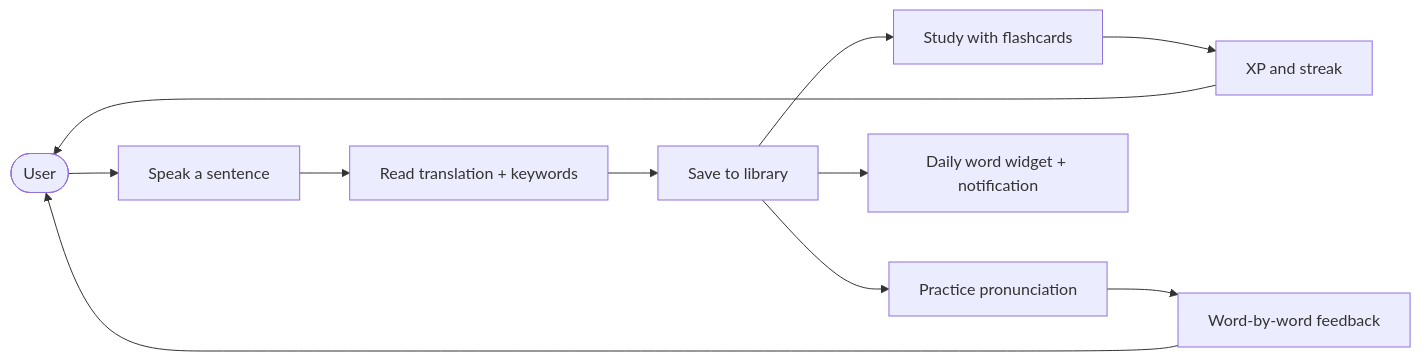
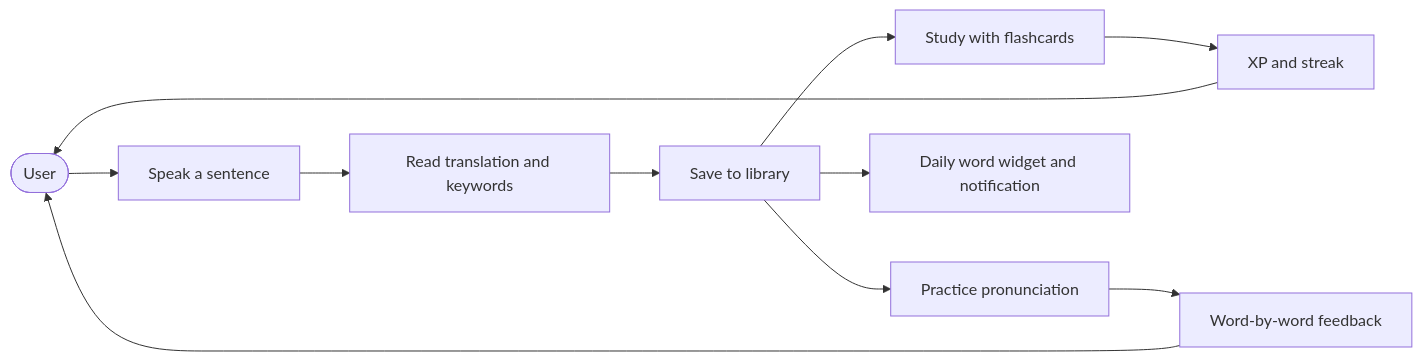
Before and after one commit to shareef01/deutschflow: the first of 4 diagrams in README.md, drawn with Mermaid. The commit also changed other lines of this file and 2 other files, not shown here.

````diff
--- a/README.md
+++ b/README.md
@@ -51,13 +82,13 @@
 ```mermaid
 flowchart LR
     User([User]) --> A[Speak a sentence]
-    A --> B[Read translation + keywords]
+    A --> B[Read translation and keywords]
     B --> C[Save to library]
     C --> D[Study with flashcards]
     C --> E[Practice pronunciation]
-    C --> F[Daily word widget + notification]
+    C --> F[Daily word widget and notification]
     D --> G[XP and streak]
     E --> H[Word-by-word feedback]
     G --> User
     H --> User
 ```
````
